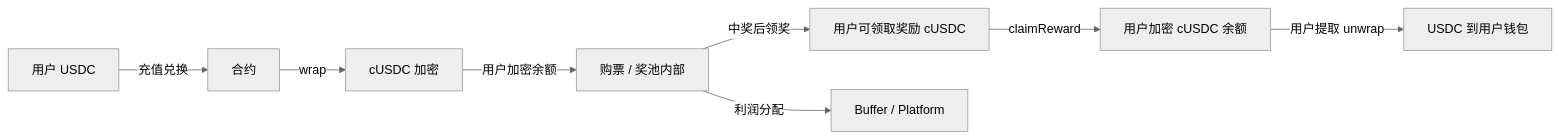
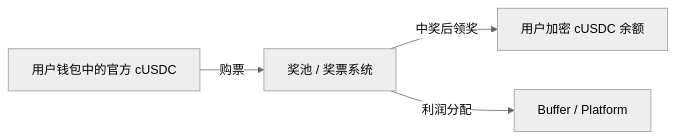
The third of 7 diagrams in doc/detailed-design.md (BreakOrbit/LuckyScratch), drawn with Mermaid (neutral theme) before and after one commit. The commit also changed other lines of this file and 2 other files, not shown here.

````diff
--- a/doc/detailed-design.md
+++ b/doc/detailed-design.md
@@ -636,10 +638,6 @@
 ```mermaid
 graph LR
-    A[用户 USDC] -->|充值兑换| B[合约]
-    B -->|wrap| C[cUSDC 加密]
-    C -->|用户加密余额| D[购票 / 奖池内部]
-    D -->|中奖后领奖| E[用户可领取奖励 cUSDC]
-    E -->|claimReward| F[用户加密 cUSDC 余额]
-    F -->|用户提取 unwrap| G[USDC 到用户钱包]
-    D -->|利润分配| H[Buffer / Platform]
+    A[用户钱包中的官方 cUSDC] -->|购票| B[奖池 / 奖票系统]
+    B -->|中奖后领奖| C[用户加密 cUSDC 余额]
+    B -->|利润分配| D[Buffer / Platform]
 ```
````
